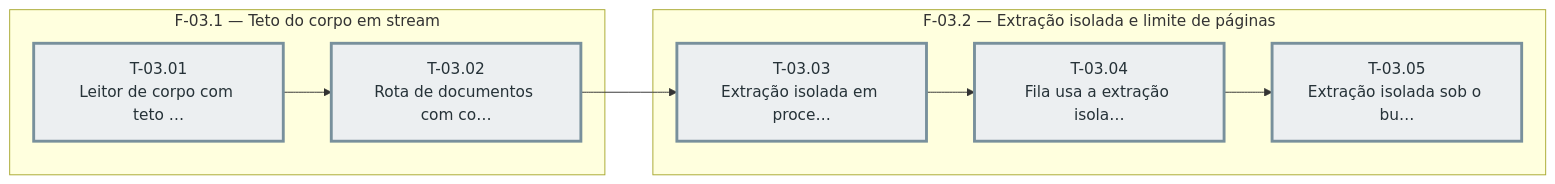
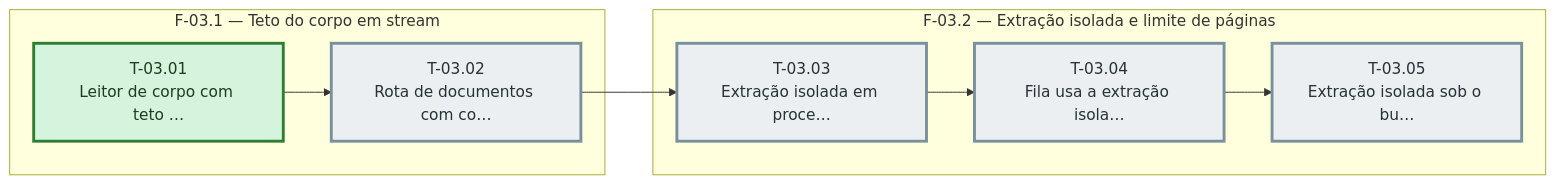
Before and after one commit to bittencourtthulio/converse-chatbot: the diagram in docs/robustez-de-midia-e-operacao/sprint-03/fases.md, drawn with Mermaid. The commit also changed 4 other files, not shown here.

````diff
--- a/docs/robustez-de-midia-e-operacao/sprint-03/fases.md
+++ b/docs/robustez-de-midia-e-operacao/sprint-03/fases.md
@@ -31,26 +31,27 @@
 ```mermaid
 %% Grafo de tasks — sprint-03 — gerado pela sprintx a partir de tasks.md
 flowchart LR
   subgraph fase_03_1["F-03.1 — Teto do corpo em stream"]
     T_03_01["T-03.01<br/>Leitor de corpo com teto …"]
     T_03_02["T-03.02<br/>Rota de documentos com co…"]
   end
   subgraph fase_03_2["F-03.2 — Extração isolada e limite de páginas"]
     T_03_03["T-03.03<br/>Extração isolada em proce…"]
     T_03_04["T-03.04<br/>Fila usa a extração isola…"]
     T_03_05["T-03.05<br/>Extração isolada sob o bu…"]
   end
   T_03_01 --> T_03_02
   T_03_02 --> T_03_03
   T_03_03 --> T_03_04
   T_03_04 --> T_03_05
 
   classDef concluida fill:#d4f4dd,stroke:#2e7d32,color:#1b3d20
   classDef andamento fill:#fff3cd,stroke:#b8860b,color:#4a3800
   classDef bloqueada fill:#f8d7da,stroke:#c62828,color:#4a1d1f
   classDef pendente  fill:#eceff1,stroke:#78909c,color:#263238
   classDef critico   stroke-width:3px
 
-  class T_03_01,T_03_02,T_03_03,T_03_04,T_03_05 pendente
+  class T_03_02,T_03_03,T_03_04,T_03_05 pendente
+  class T_03_01 concluida
   class T_03_01,T_03_02,T_03_03,T_03_04,T_03_05 critico
 ```
````
